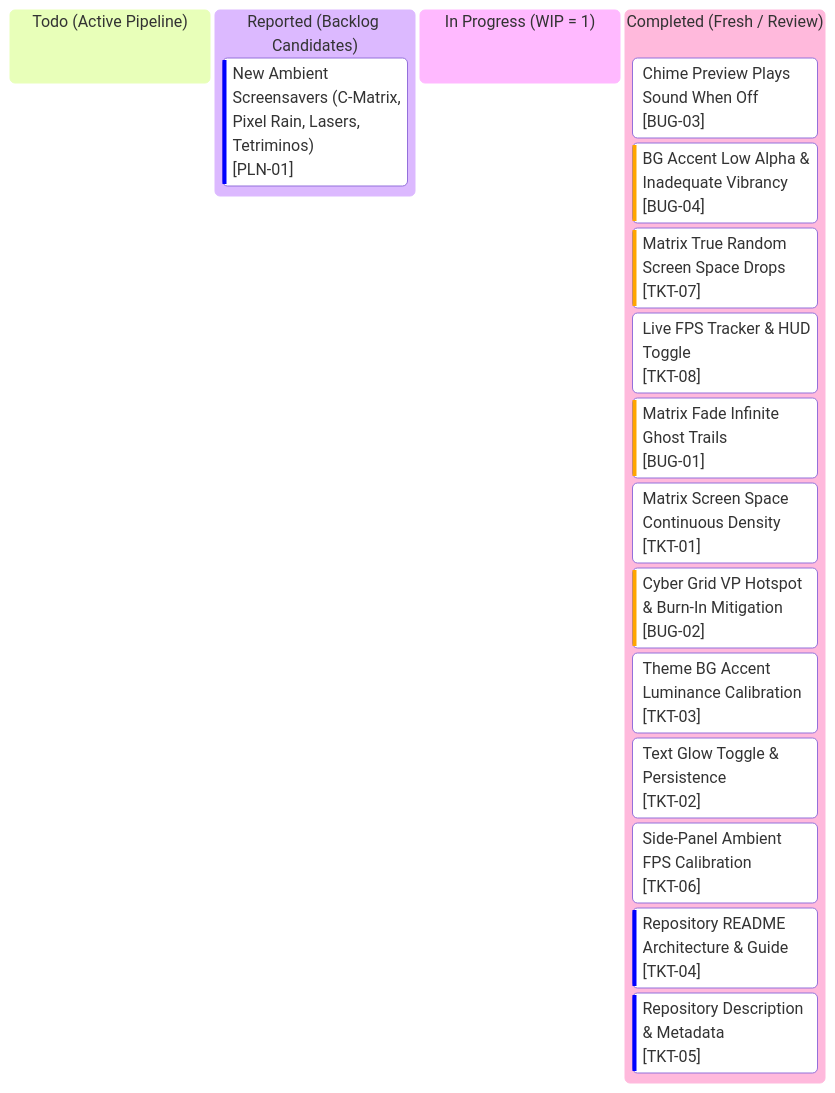
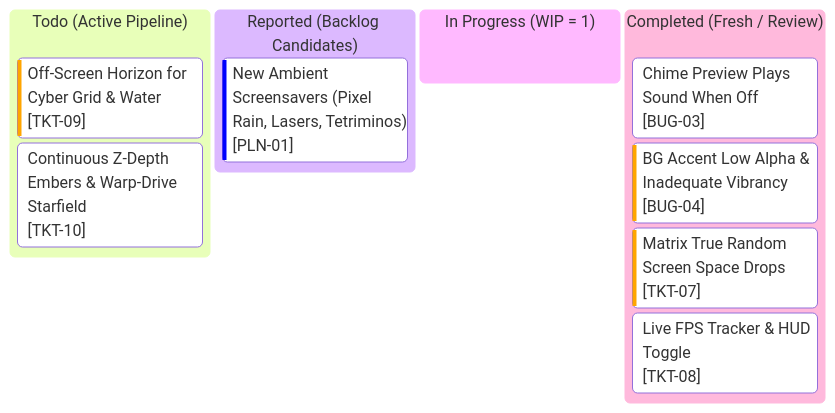
One commit to AlitheiaDeus/Clockity changed the diagram in kanban.md. Above: the diagram before and after it, drawn with Mermaid. The commit also changed other lines of this file and 2 other files, not shown here.

Commit message:
chore(kanban): index TKT-09 off-screen horizon and TKT-10 continuous Z-depth / warp-drive physics

````diff
--- a/kanban.md
+++ b/kanban.md
@@ -3,20 +3,14 @@
 ```mermaid
 kanban
   todo["Todo (Active Pipeline)"]
+    tkt09["Off-Screen Horizon for Cyber Grid & Water"]@{ ticket: '[TKT-09]', priority: 'High' }
+    tkt10["Continuous Z-Depth Embers & Warp-Drive Starfield"]@{ ticket: '[TKT-10]', priority: 'Medium' }
   reported["Reported (Backlog Candidates)"]
-    pln01["New Ambient Screensavers (C-Matrix, Pixel Rain, Lasers, Tetriminos)"]@{ ticket: '[PLN-01]', priority: 'Low' }
+    pln01["New Ambient Screensavers (Pixel Rain, Lasers, Tetriminos)"]@{ ticket: '[PLN-01]', priority: 'Low' }
   in_progress["In Progress (WIP = 1)"]
   completed["Completed (Fresh / Review)"]
     bug03["Chime Preview Plays Sound When Off"]@{ ticket: '[BUG-03]', priority: 'Medium' }
     bug04["BG Accent Low Alpha & Inadequate Vibrancy"]@{ ticket: '[BUG-04]', priority: 'High' }
     tkt07["Matrix True Random Screen Space Drops"]@{ ticket: '[TKT-07]', priority: 'High' }
     tkt08["Live FPS Tracker & HUD Toggle"]@{ ticket: '[TKT-08]', priority: 'Medium' }
-    bug01["Matrix Fade Infinite Ghost Trails"]@{ ticket: '[BUG-01]', priority: 'High' }
-    tkt01["Matrix Screen Space Continuous Density"]@{ ticket: '[TKT-01]', priority: 'Medium' }
-    bug02["Cyber Grid VP Hotspot & Burn-In Mitigation"]@{ ticket: '[BUG-02]', priority: 'High' }
-    tkt03["Theme BG Accent Luminance Calibration"]@{ ticket: '[TKT-03]', priority: 'Medium' }
-    tkt02["Text Glow Toggle & Persistence"]@{ ticket: '[TKT-02]', priority: 'Medium' }
-    tkt06["Side-Panel Ambient FPS Calibration"]@{ ticket: '[TKT-06]', priority: 'Medium' }
-    tkt04["Repository README Architecture & Guide"]@{ ticket: '[TKT-04]', priority: 'Low' }
-    tkt05["Repository Description & Metadata"]@{ ticket: '[TKT-05]', priority: 'Low' }
 ```
````
